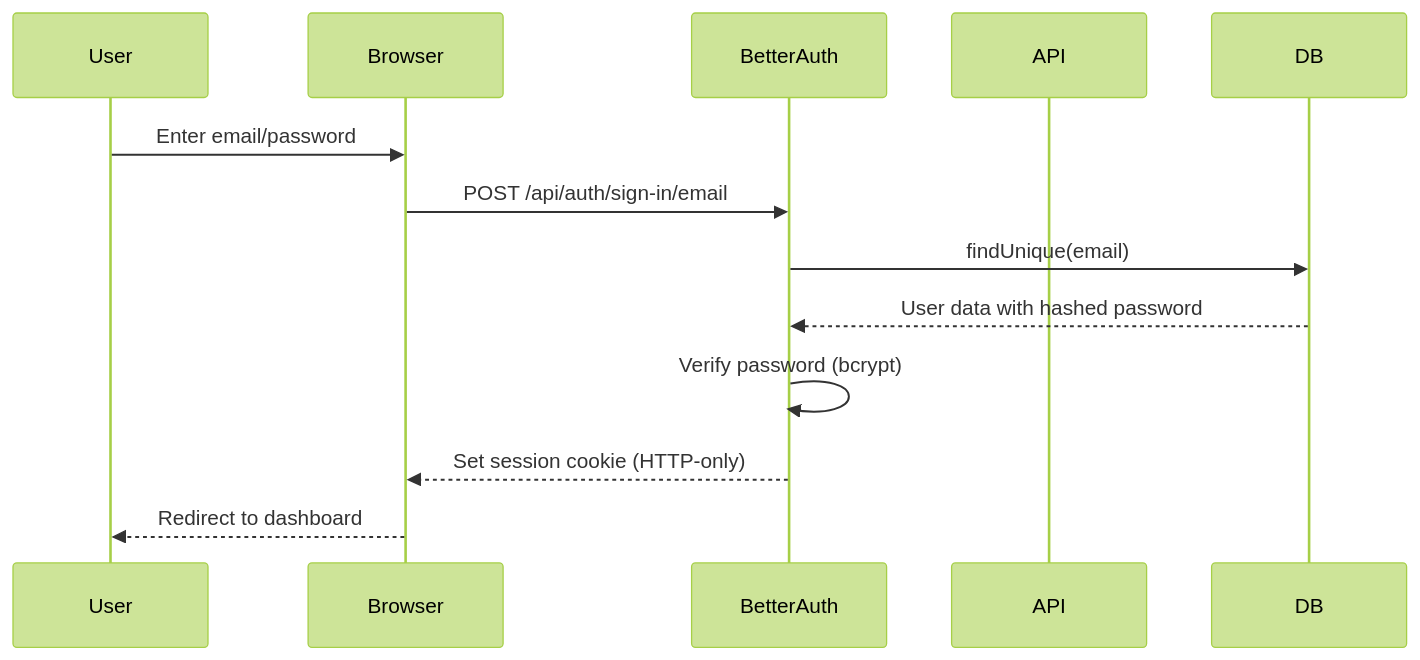
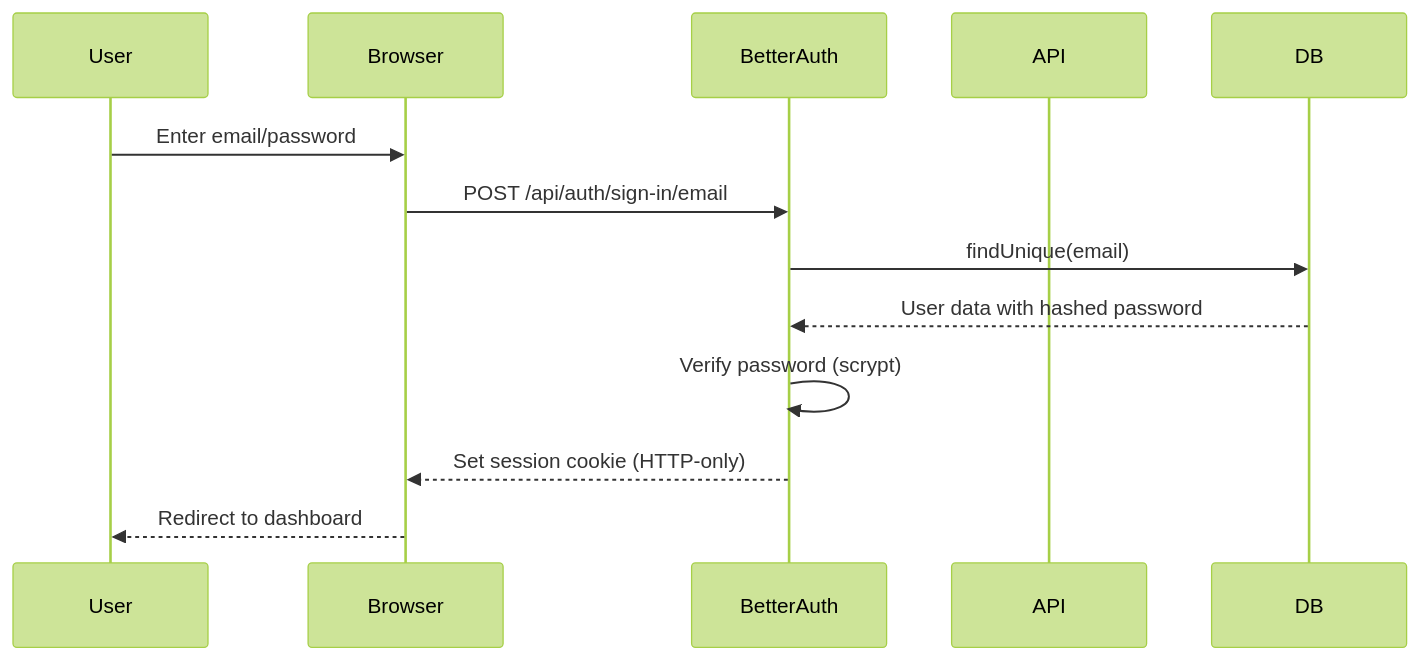
Before and after one commit to human-centric-engineering/sunrise: the first of 2 diagrams in .context/auth/overview.md, drawn with Mermaid (forest theme). The commit also changed other lines of this file and 4 other files, not shown here.

````diff
--- a/.context/auth/overview.md
+++ b/.context/auth/overview.md
@@ -13,16 +13,16 @@
 ```mermaid
 sequenceDiagram
     participant User
     participant Browser
     participant BetterAuth
     participant API
     participant DB
 
     User->>Browser: Enter email/password
     Browser->>BetterAuth: POST /api/auth/sign-in/email
     BetterAuth->>DB: findUnique(email)
     DB-->>BetterAuth: User data with hashed password
-    BetterAuth->>BetterAuth: Verify password (bcrypt)
+    BetterAuth->>BetterAuth: Verify password (scrypt)
     BetterAuth-->>Browser: Set session cookie (HTTP-only)
     Browser-->>User: Redirect to dashboard
 ```
````
